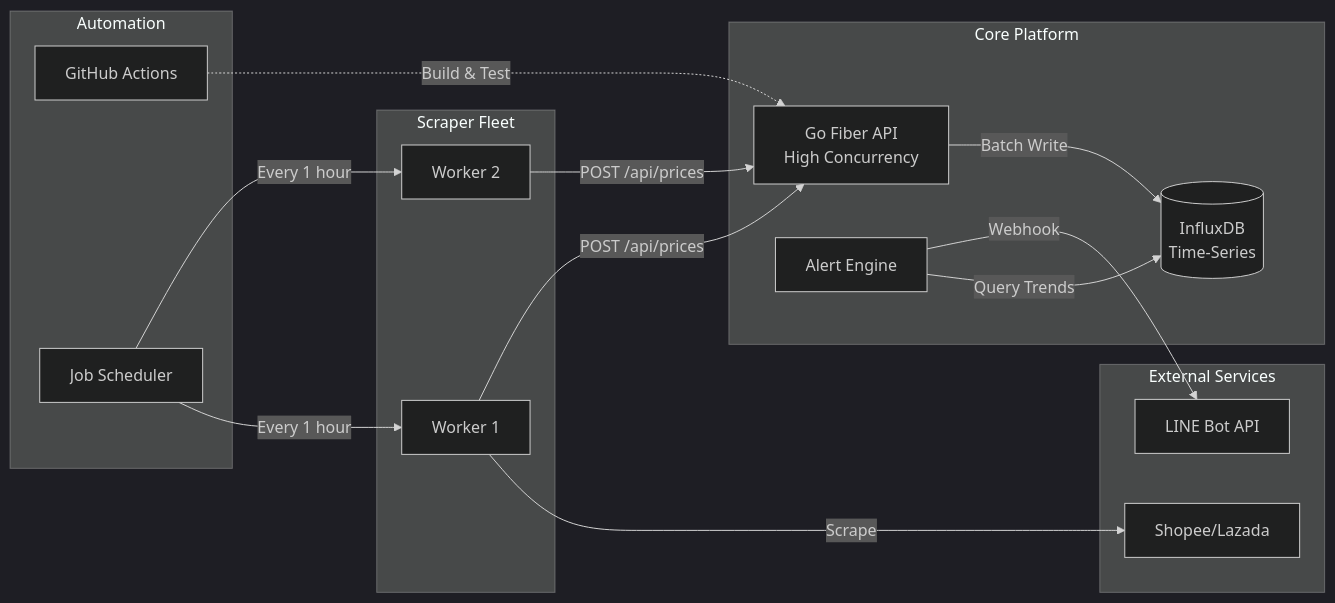
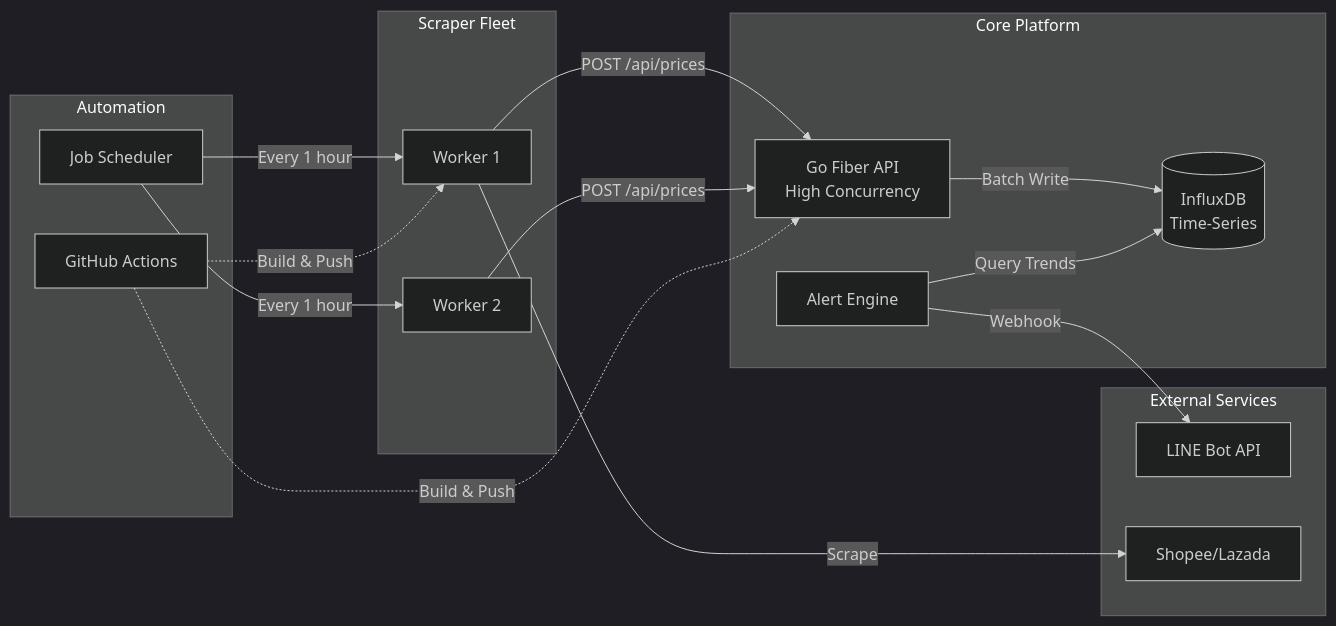
Before and after one commit to thitipongroo/omni-tracker: the diagram in README.md, drawn with Mermaid (dark theme).

Commit message:
update: readme

````diff
--- a/README.md
+++ b/README.md
@@ -24,33 +24,34 @@
 ```mermaid
 flowchart LR
     subgraph Automation [Automation]
         CI[GitHub Actions]
         CRON[Job Scheduler]
     end
 
     subgraph Scrapers [Scraper Fleet]
         S1[Worker 1]
         S2[Worker 2]
     end
 
     subgraph Core [Core Platform]
         GO["Go Fiber API\nHigh Concurrency"]
         DB[("InfluxDB\nTime-Series")]
         ALERT[Alert Engine]
     end
     
     subgraph External [External Services]
         LINE[LINE Bot API]
         ECOM[Shopee/Lazada]
     end
 
     CRON -->|Every 1 hour| S1
     CRON -->|Every 1 hour| S2
     S1 -->|Scrape| ECOM
     S1 -->|POST /api/prices| GO
     S2 -->|POST /api/prices| GO
     GO -->|Batch Write| DB
     ALERT -->|Query Trends| DB
     ALERT -->|Webhook| LINE
-    CI -.->|Build & Test| GO
+    CI -.->|Build & Push| GO
+    CI -.->|Build & Push| S1
 ```
````
